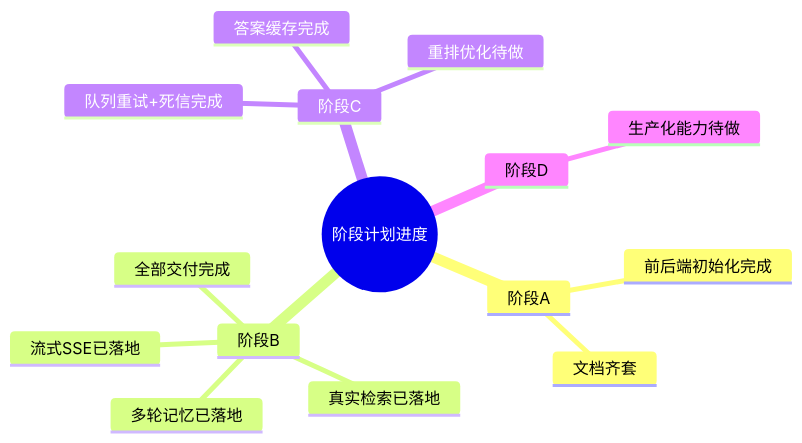
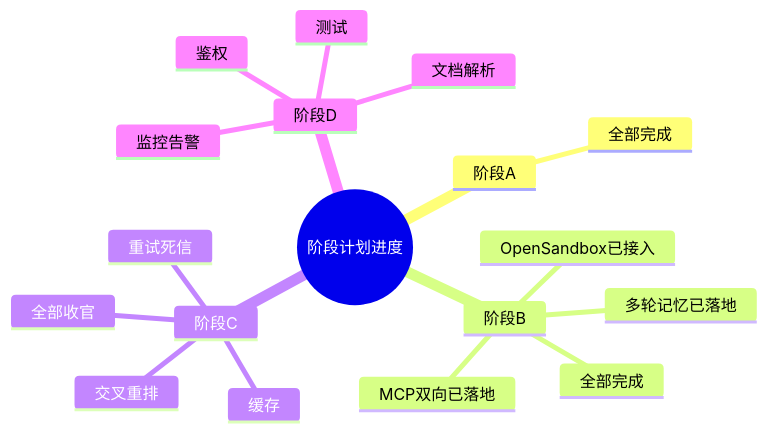
One commit to ley-Ning/rag-demo changed the diagram in docs/roadmap/阶段计划.md. Above: the diagram before and after it, drawn with Mermaid. The commit also changed other lines of this file and 6 other files, not shown here.

````diff
--- a/docs/roadmap/阶段计划.md
+++ b/docs/roadmap/阶段计划.md
@@ -72,18 +71,21 @@
 ```mermaid
 mindmap
   root((阶段计划进度))
     阶段A
-      前后端初始化完成
-      文档齐套
+      全部完成
     阶段B
-      全部交付完成
-      真实检索已落地
-      流式SSE已落地
+      全部完成
       多轮记忆已落地
+      MCP双向已落地
+      OpenSandbox已接入
     阶段C
-      队列重试+死信完成
-      答案缓存完成
-      重排优化待做
+      全部收官
+      缓存
+      重试死信
+      交叉重排
     阶段D
-      生产化能力待做
+      鉴权
+      测试
+      文档解析
+      监控告警
 ```
````
